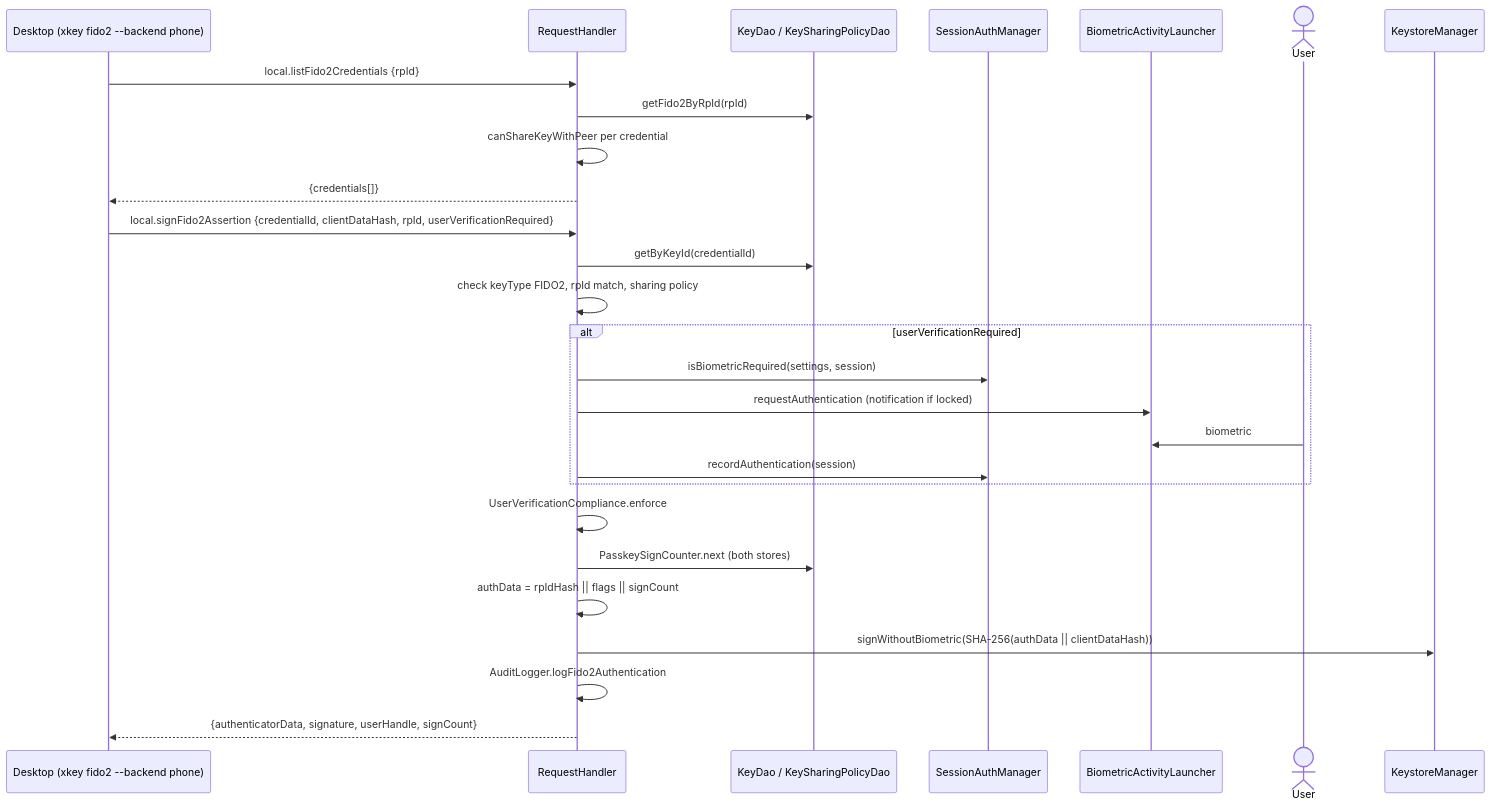
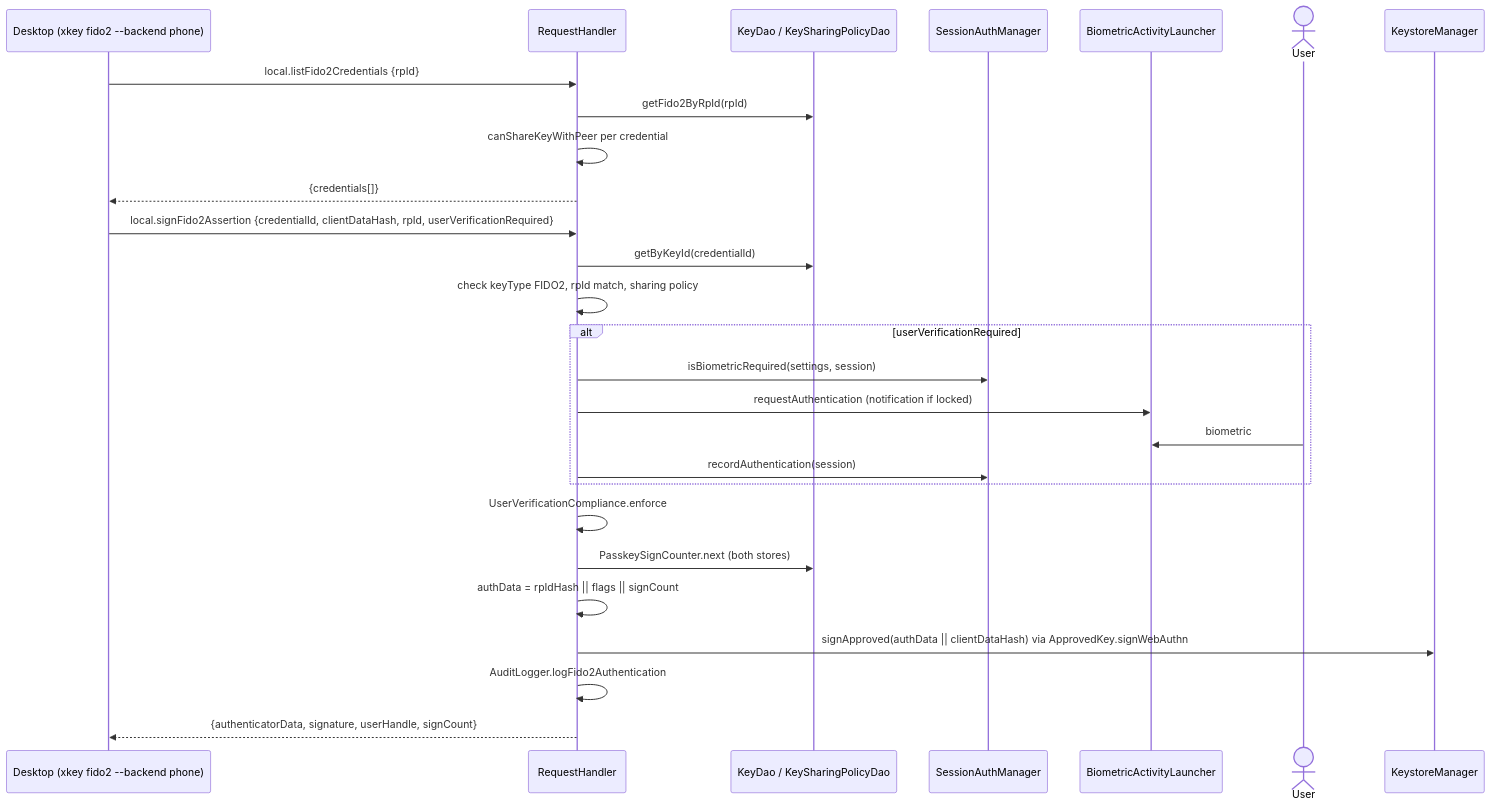
Before and after one commit to jeremyhahn/xkey-android: the diagram in docs/fido2-phone-backend/architecture.md, drawn with Mermaid. The commit also changed other lines of this file and 1 other file, not shown here.

````diff
--- a/docs/fido2-phone-backend/architecture.md
+++ b/docs/fido2-phone-backend/architecture.md
@@ -99,31 +101,31 @@
 ```mermaid
 sequenceDiagram
     participant Desk as Desktop (xkey fido2 --backend phone)
     participant H as RequestHandler
     participant DB as KeyDao / KeySharingPolicyDao
     participant SA as SessionAuthManager
     participant BL as BiometricActivityLauncher
     actor User
     participant KM as KeystoreManager
 
     Desk->>H: local.listFido2Credentials {rpId}
     H->>DB: getFido2ByRpId(rpId)
     H->>H: canShareKeyWithPeer per credential
     H-->>Desk: {credentials[]}
 
     Desk->>H: local.signFido2Assertion {credentialId, clientDataHash, rpId, userVerificationRequired}
     H->>DB: getByKeyId(credentialId)
     H->>H: check keyType FIDO2, rpId match, sharing policy
     alt userVerificationRequired
         H->>SA: isBiometricRequired(settings, session)
         H->>BL: requestAuthentication (notification if locked)
         User->>BL: biometric
         H->>SA: recordAuthentication(session)
     end
     H->>H: UserVerificationCompliance.enforce
     H->>DB: PasskeySignCounter.next (both stores)
     H->>H: authData = rpIdHash || flags || signCount
-    H->>KM: signWithoutBiometric(SHA-256(authData || clientDataHash))
+    H->>KM: signApproved(authData || clientDataHash) via ApprovedKey.signWebAuthn
     H->>H: AuditLogger.logFido2Authentication
     H-->>Desk: {authenticatorData, signature, userHandle, signCount}
 ```
````
